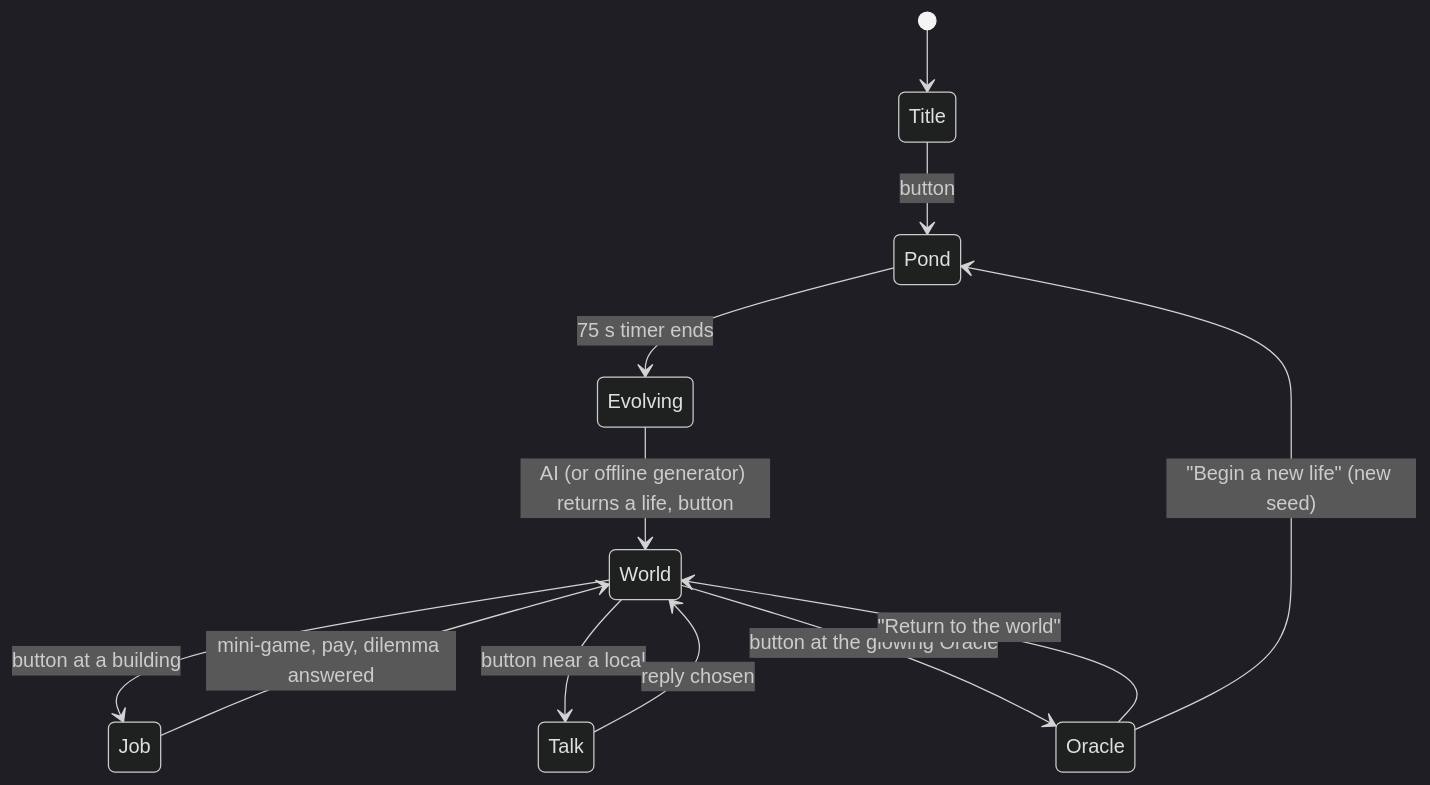
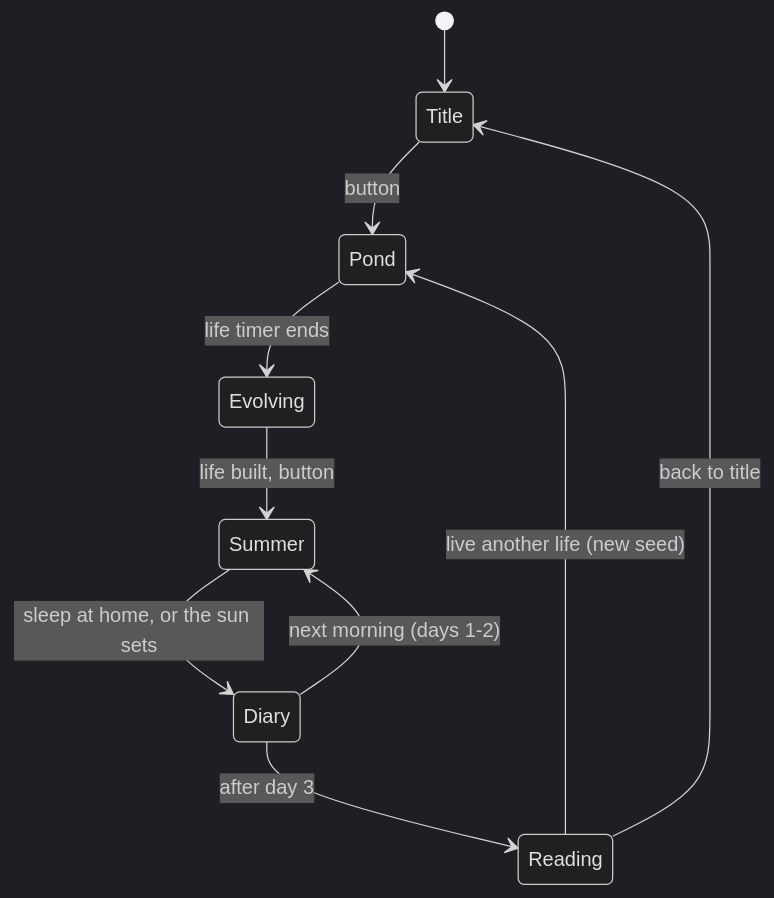
One commit to mmosle28/evol changed the diagram in README.md. Above: the diagram before and after it, drawn with Mermaid (dark theme). The commit also changed other lines of this file and 33 other files, not shown here.

First line of the commit message:
Evol v2: 3D summer world, time moves when you move, diary and Doki Doki readings

````diff
--- a/README.md
+++ b/README.md
@@ -28,14 +33,12 @@
 ```mermaid
 stateDiagram-v2
     [*] --> Title
     Title --> Pond: button
-    Pond --> Evolving: 75 s timer ends
-    Evolving --> World: AI (or offline generator) returns a life, button
-    World --> Job: button at a building
-    World --> Talk: button near a local
-    World --> Oracle: button at the glowing Oracle
-    Job --> World: mini-game, pay, dilemma answered
-    Talk --> World: reply chosen
-    Oracle --> World: "Return to the world"
-    Oracle --> Pond: "Begin a new life" (new seed)
+    Pond --> Evolving: life timer ends
+    Evolving --> Summer: life built, button
+    Summer --> Diary: sleep at home, or the sun sets
+    Diary --> Summer: next morning (days 1-2)
+    Diary --> Reading: after day 3
+    Reading --> Pond: live another life (new seed)
+    Reading --> Title: back to title
 ```
````
